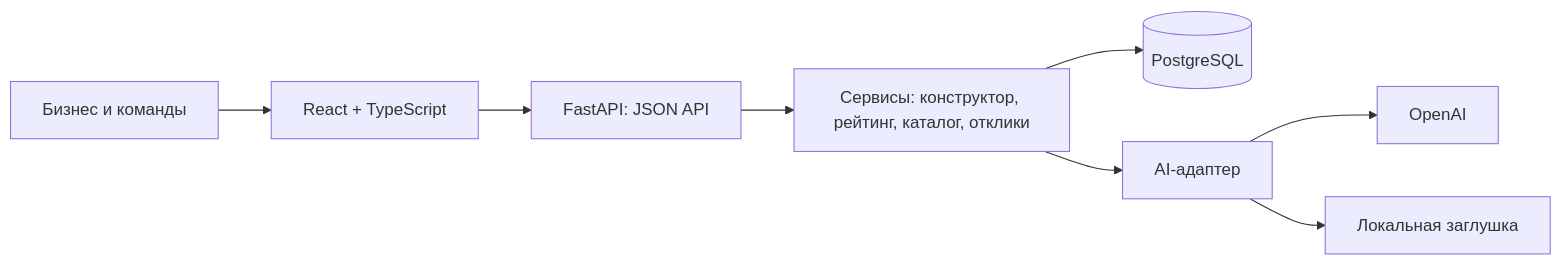
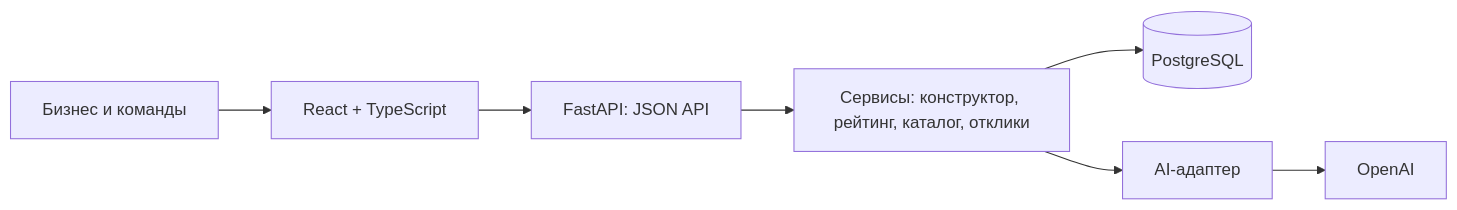
The diagram in README.md (BAITC-Hacks/hack-181acac4-team), drawn with Mermaid before and after one commit. The commit also changed other lines of this file and 3 other files, not shown here.

````diff
--- a/README.md
+++ b/README.md
@@ -176,10 +177,9 @@
 ```mermaid
 flowchart LR
     U[Бизнес и команды] --> F[React + TypeScript]
     F --> A[FastAPI: JSON API]
     A --> S[Сервисы: конструктор, рейтинг, каталог, отклики]
     S --> D[(PostgreSQL)]
     S --> L[AI-адаптер]
     L --> O[OpenAI]
-    L --> M[Локальная заглушка]
 ```
````
